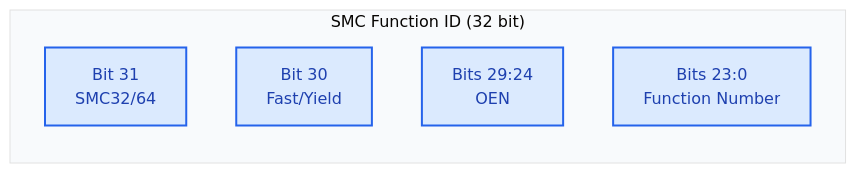
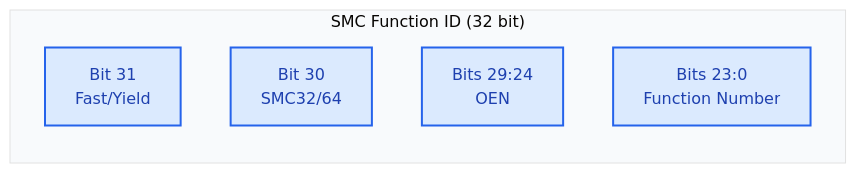
Before and after one commit to swjtuer326/cs-learning-notes: the fourth of 4 diagrams in trusted-firmware/03-arm-tbbr-and-boot-chain.md, drawn with Mermaid. The commit also changed other lines of this file and 14 other files, not shown here.

First line of the commit message:
docs(trusted-firmware): 审订 TF-A/TEE/Secure Boot 笔记,补充图片、审计报告与 HTML 站点

````diff
--- a/trusted-firmware/03-arm-tbbr-and-boot-chain.md
+++ b/trusted-firmware/03-arm-tbbr-and-boot-chain.md
@@ -518,13 +548,13 @@
 ```mermaid
 %%{init: {"theme": "base", "themeVariables": {"primaryColor": "#f8fafc", "primaryTextColor": "#1e293b", "primaryBorderColor": "#475569", "lineColor": "#64748b", "secondaryColor": "#f1f5f9", "secondaryBorderColor": "#94a3b8", "tertiaryColor": "#f8fafc", "fontFamily": "\"trebuchet ms\", verdana, arial, sans-serif"}}}%%
 flowchart LR
     subgraph "SMC Function ID (32 bit)"
-        Bit31["Bit 31<br/>SMC32/64"]
-        Bit30["Bit 30<br/>Fast/Yield"]
+        Bit31["Bit 31<br/>Fast/Yield"]
+        Bit30["Bit 30<br/>SMC32/64"]
         Bits29_24["Bits 29:24<br/>OEN"]
         Bits23_0["Bits 23:0<br/>Function Number"]
     end
 
     classDef field fill:#dbeafe,stroke:#2563eb,color:#1e40af,stroke-width:2px
     class Bit31,Bit30,Bits29_24,Bits23_0 field
 ```
````
